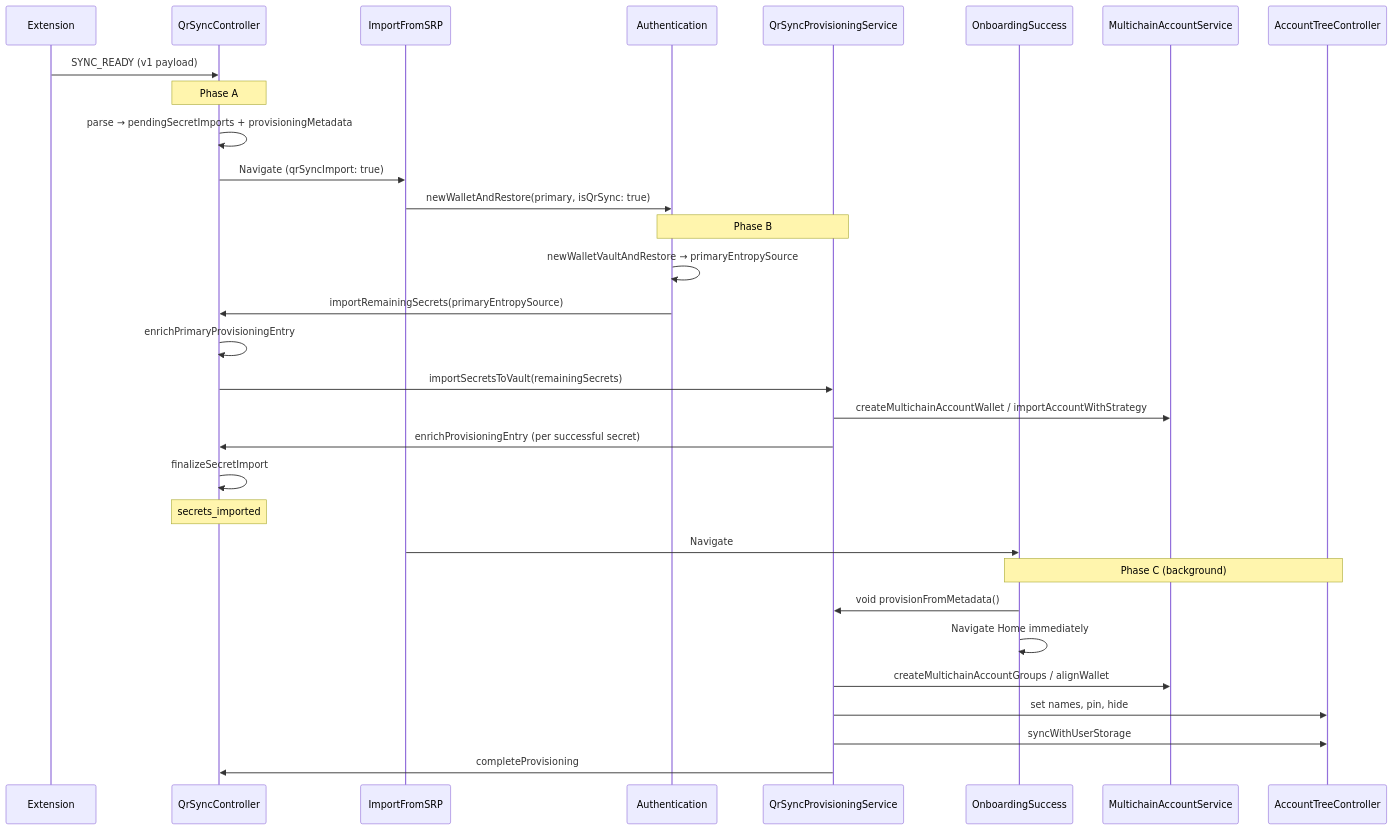
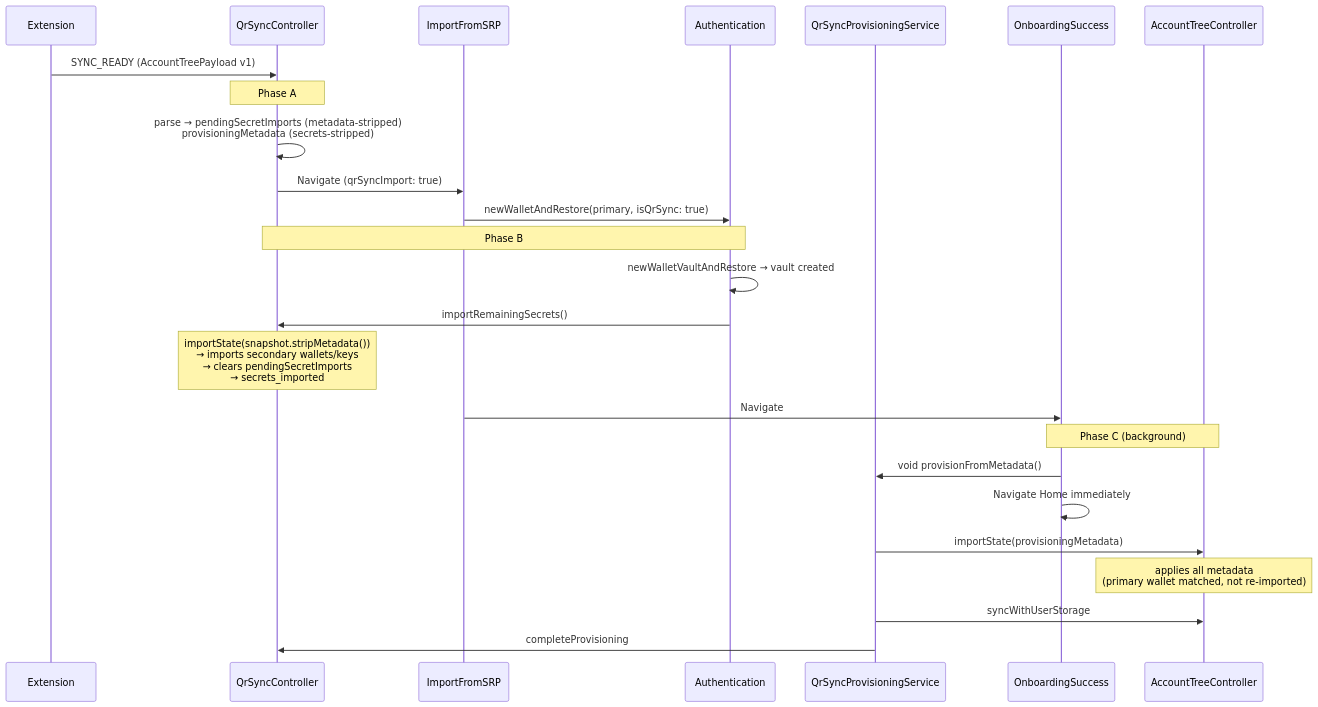
One commit to MetaMask/metamask-mobile changed the first of 4 diagrams in docs/qr-sync/provisioning-technical.md. Above: the diagram before and after it, drawn with Mermaid. The commit also changed other lines of this file and 32 other files, not shown here.

First line of the commit message:
refactor: use `AccountTreeController:importState` in QR sync flow (#34760)

````diff
--- a/docs/qr-sync/provisioning-technical.md
+++ b/docs/qr-sync/provisioning-technical.md
@@ -118,36 +108,30 @@
 ```mermaid
 sequenceDiagram
     participant Ext as Extension
     participant QC as QrSyncController
     participant Import as ImportFromSRP
     participant Auth as Authentication
     participant Prov as QrSyncProvisioningService
     participant Success as OnboardingSuccess
-    participant MAS as MultichainAccountService
     participant ATC as AccountTreeController
 
-    Ext->>QC: SYNC_READY (v1 payload)
+    Ext->>QC: SYNC_READY (AccountTreePayload v1)
     Note over QC: Phase A
-    QC->>QC: parse → pendingSecretImports + provisioningMetadata
+    QC->>QC: parse → pendingSecretImports (metadata-stripped)<br/>provisioningMetadata (secrets-stripped)
     QC->>Import: Navigate (qrSyncImport: true)
 
     Import->>Auth: newWalletAndRestore(primary, isQrSync: true)
-    Note over Auth,Prov: Phase B
-    Auth->>Auth: newWalletVaultAndRestore → primaryEntropySource
-    Auth->>QC: importRemainingSecrets(primaryEntropySource)
-    QC->>QC: enrichPrimaryProvisioningEntry
-    QC->>Prov: importSecretsToVault(remainingSecrets)
-    Prov->>MAS: createMultichainAccountWallet / importAccountWithStrategy
-    Prov->>QC: enrichProvisioningEntry (per successful secret)
-    QC->>QC: finalizeSecretImport
-    Note over QC: secrets_imported
+    Note over Auth,QC: Phase B
+    Auth->>Auth: newWalletVaultAndRestore → vault created
+    Auth->>QC: importRemainingSecrets()
+    Note over QC: importState(snapshot.stripMetadata())<br/>→ imports secondary wallets/keys<br/>→ clears pendingSecretImports<br/>→ secrets_imported
     Import->>Success: Navigate
 
     Note over Success,ATC: Phase C (background)
     Success->>Prov: void provisionFromMetadata()
     Success->>Success: Navigate Home immediately
-    Prov->>MAS: createMultichainAccountGroups / alignWallet
-    Prov->>ATC: set names, pin, hide
+    Prov->>ATC: importState(provisioningMetadata)
+    Note over ATC: applies all metadata<br/>(primary wallet matched, not re-imported)
     Prov->>ATC: syncWithUserStorage
     Prov->>QC: completeProvisioning
 ```
````
